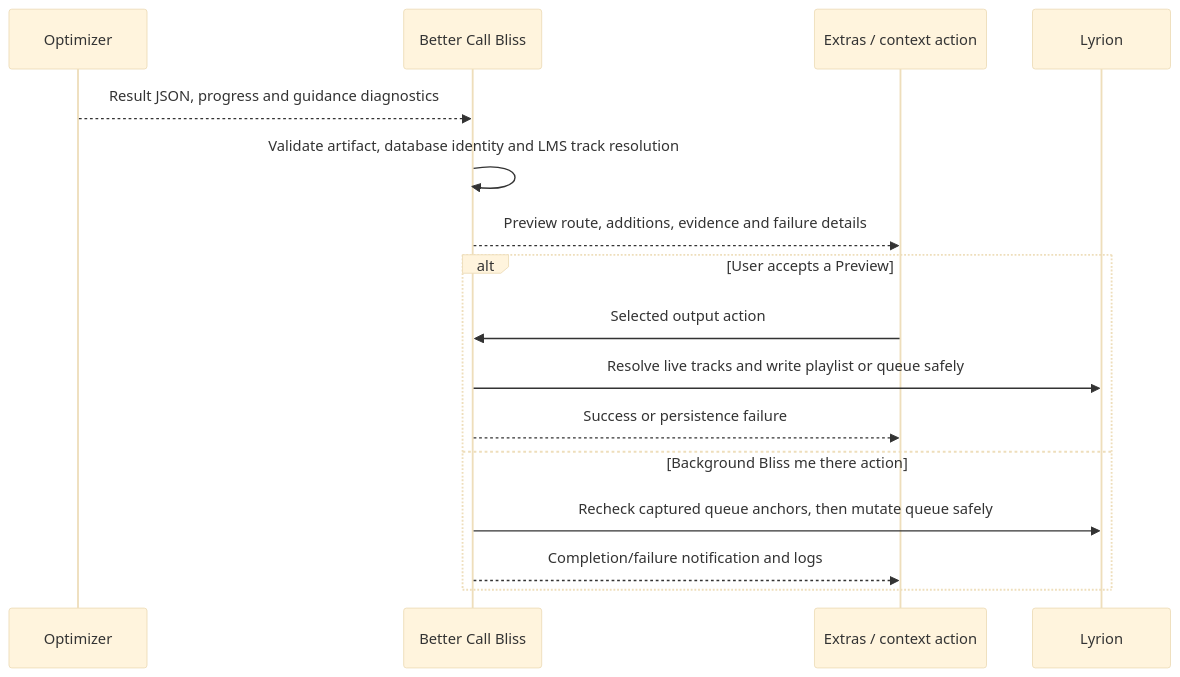
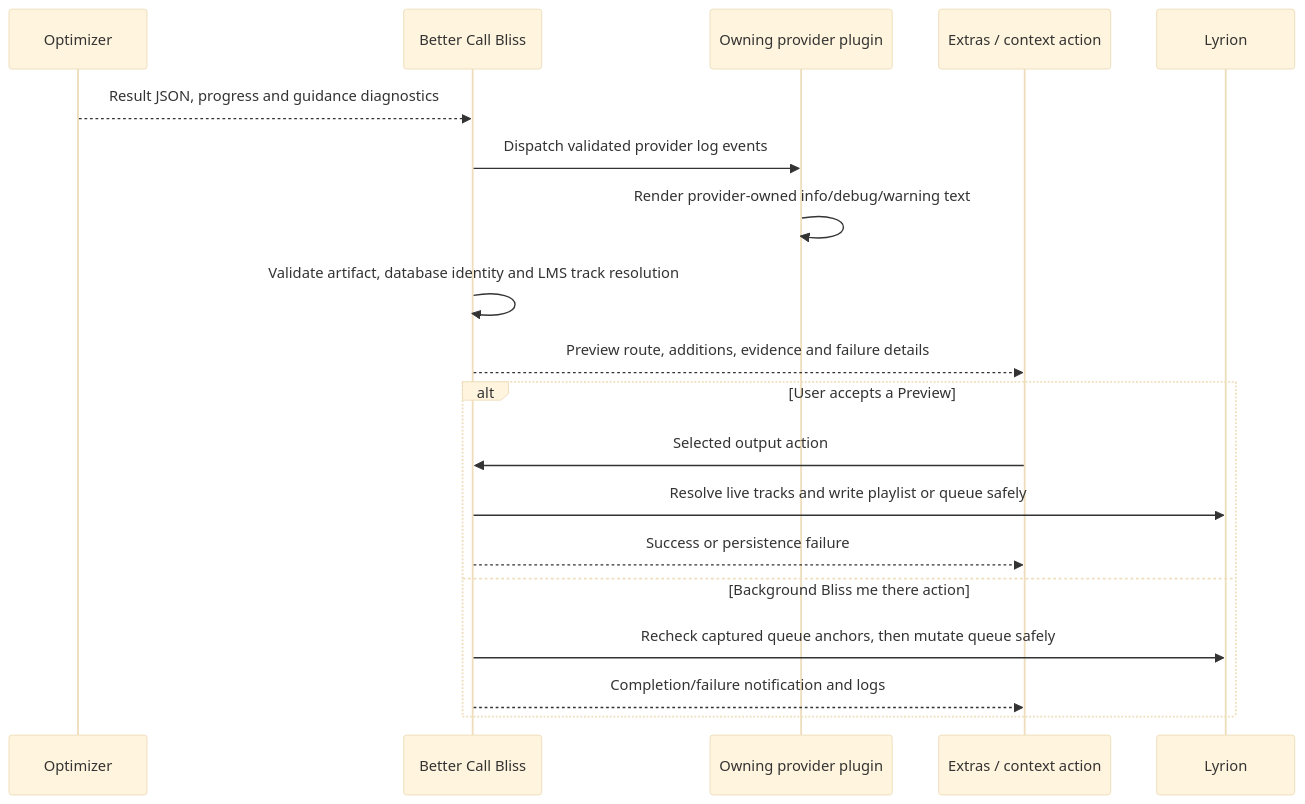
The sixth of 6 diagrams in docs/GUIDANCE_DATA_FLOW.md (chrober/lms-better-call-bliss), drawn with Mermaid (base theme) before and after one commit. The commit also changed other lines of this file and 3 other files, not shown here.

Commit message:
feat: dispatch provider log events

````diff
--- a/docs/GUIDANCE_DATA_FLOW.md
+++ b/docs/GUIDANCE_DATA_FLOW.md
@@ -289,19 +288,22 @@
 ```mermaid
 sequenceDiagram
     participant O as Optimizer
     participant B as Better Call Bliss
+    participant P as Owning provider plugin
     participant UI as Extras / context action
     participant L as Lyrion
 
     O-->>B: Result JSON, progress and guidance diagnostics
+    B->>P: Dispatch validated provider log events
+    P->>P: Render provider-owned info/debug/warning text
     B->>B: Validate artifact, database identity and LMS track resolution
     B-->>UI: Preview route, additions, evidence and failure details
     alt User accepts a Preview
         UI->>B: Selected output action
         B->>L: Resolve live tracks and write playlist or queue safely
         B-->>UI: Success or persistence failure
     else Background Bliss me there action
         B->>L: Recheck captured queue anchors, then mutate queue safely
         B-->>UI: Completion/failure notification and logs
     end
 ```
````
